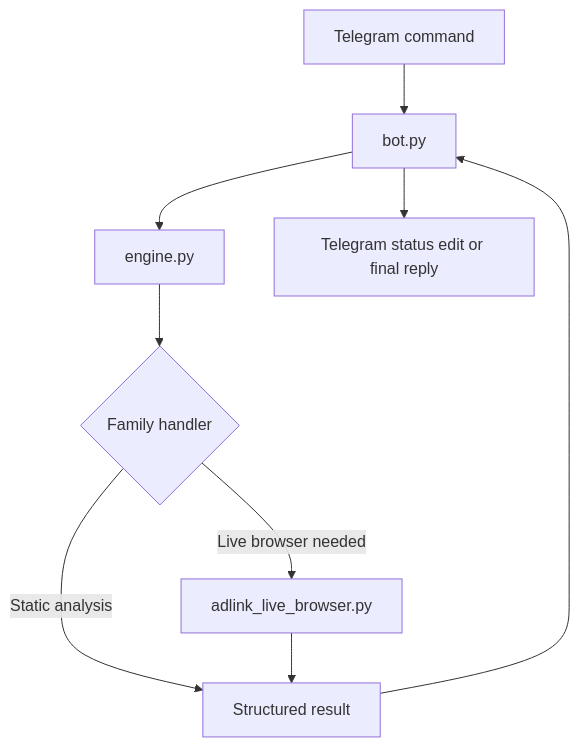
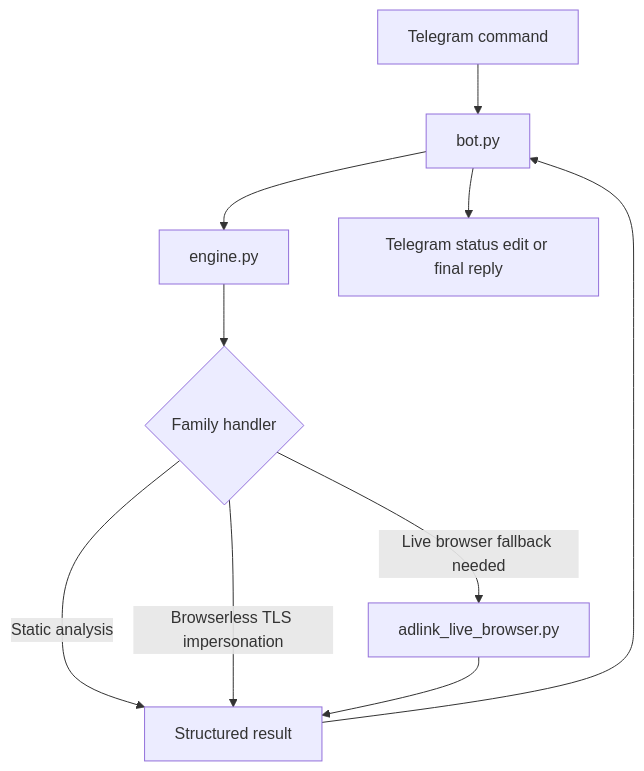
The first of 3 diagrams in docs/FLOWS.md (IndraYuda13/shortlink-bypass-bot), drawn with Mermaid before and after one commit. The commit also changed other lines of this file and 9 other files, not shown here.

````diff
--- a/docs/FLOWS.md
+++ b/docs/FLOWS.md
@@ -5,11 +5,12 @@
 ```mermaid
 flowchart TD
     A[Telegram command] --> B[bot.py]
     B --> C[engine.py]
     C --> D{Family handler}
     D -->|Static analysis| E[Structured result]
-    D -->|Live browser needed| F[adlink_live_browser.py]
+    D -->|Browserless TLS impersonation| E
+    D -->|Live browser fallback needed| F[adlink_live_browser.py]
     F --> E
     E --> B
     B --> G[Telegram status edit or final reply]
 ```
````
